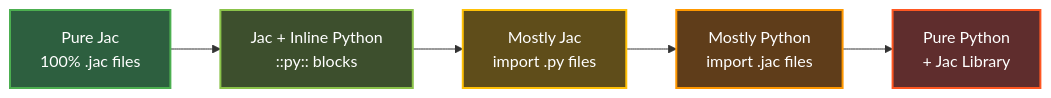
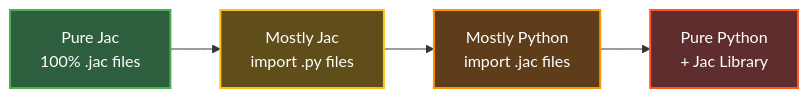
The diagram in jac/jaclang/cli/docs/reference/language/python-integration.md (jaseci-labs/jac), drawn with Mermaid before and after one commit. The commit also changed other lines of this file and 67 other files, not shown here.

First line of the commit message:
feat!: remove inline Python (`::py::`) from the language (#10475)

````diff
--- a/jac/jaclang/cli/docs/reference/language/python-integration.md
+++ b/jac/jaclang/cli/docs/reference/language/python-integration.md
@@ -198,13 +166,11 @@
 ```mermaid
 graph LR
-    A[Pure Jac<br/>100% .jac files] --> B[Jac + Inline Python<br/>::py:: blocks]
-    B --> C[Mostly Jac<br/>import .py files]
-    C --> D[Mostly Python<br/>import .jac files]
-    D --> E[Pure Python<br/>+ Jac Library]
+    A[Pure Jac<br/>100% .jac files] --> B[Mostly Jac<br/>import .py files]
+    B --> C[Mostly Python<br/>import .jac files]
+    C --> D[Pure Python<br/>+ Jac Library]
 
     style A fill:#2d5f3f,stroke:#4CAF50,stroke-width:2px,color:#fff
-    style B fill:#3d4f2d,stroke:#8BC34A,stroke-width:2px,color:#fff
-    style C fill:#5f4d1a,stroke:#FFC107,stroke-width:2px,color:#fff
-    style D fill:#5f3d1a,stroke:#FF9800,stroke-width:2px,color:#fff
-    style E fill:#5f2d2d,stroke:#FF5722,stroke-width:2px,color:#fff
+    style B fill:#5f4d1a,stroke:#FFC107,stroke-width:2px,color:#fff
+    style C fill:#5f3d1a,stroke:#FF9800,stroke-width:2px,color:#fff
+    style D fill:#5f2d2d,stroke:#FF5722,stroke-width:2px,color:#fff
 ```
````
